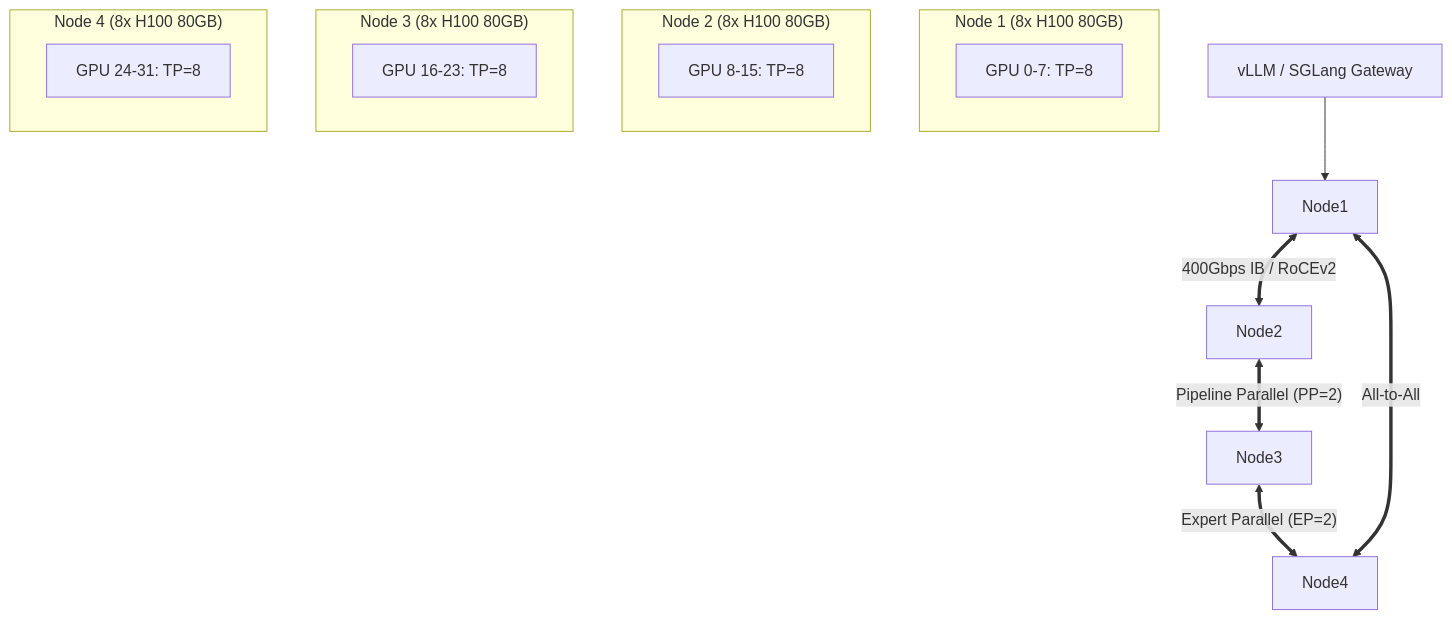
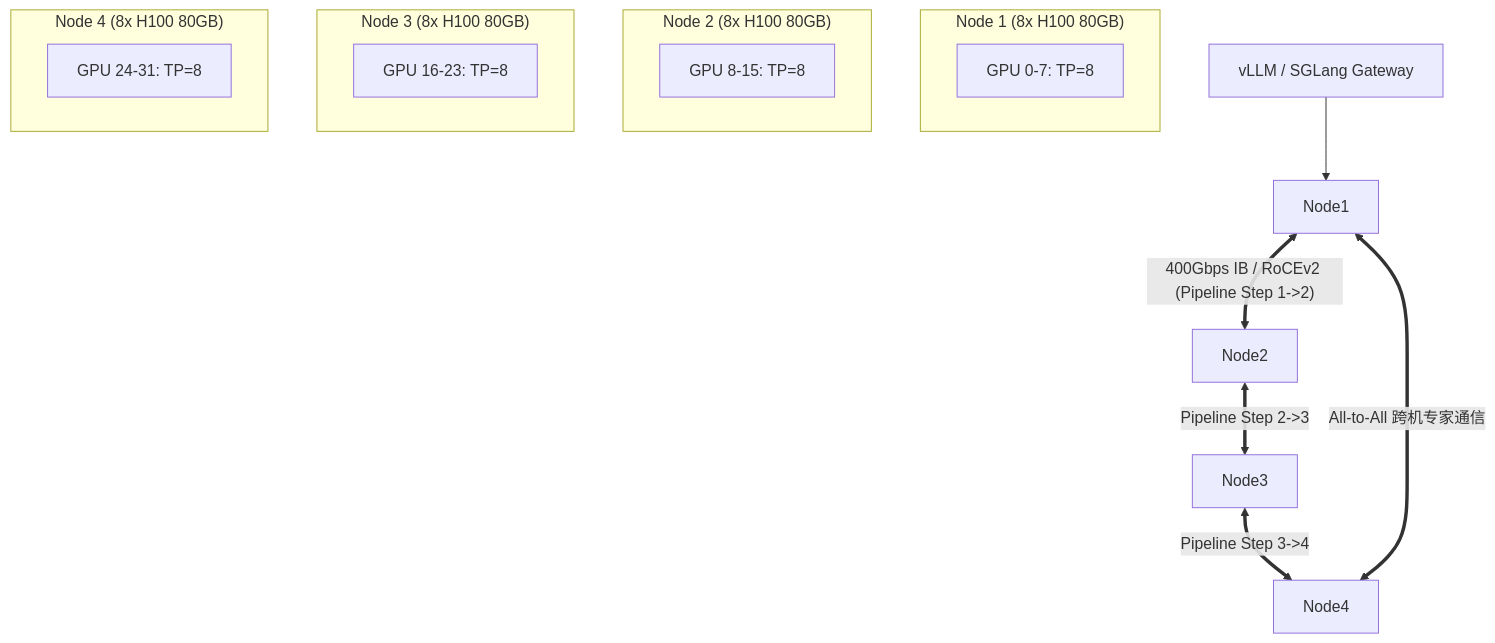
The diagram in content/zh/articles/deepseek-v4-kimi-k3-deployment-guide.md (ifnodoraemon/ifnodoraemon.github.io), drawn with Mermaid before and after one commit. The commit also changed other lines of this file and 51 other files, not shown here.

````diff
--- a/content/zh/articles/deepseek-v4-kimi-k3-deployment-guide.md
+++ b/content/zh/articles/deepseek-v4-kimi-k3-deployment-guide.md
@@ -32,22 +32,22 @@
 ```mermaid
 graph TD
     subgraph "Node 1 (8x H100 80GB)"
         G1[GPU 0-7: TP=8]
     end
     subgraph "Node 2 (8x H100 80GB)"
         G2[GPU 8-15: TP=8]
     end
     subgraph "Node 3 (8x H100 80GB)"
         G3[GPU 16-23: TP=8]
     end
     subgraph "Node 4 (8x H100 80GB)"
         G4[GPU 24-31: TP=8]
     end
     
-    Node1 <==>|"400Gbps IB / RoCEv2"| Node2
-    Node2 <==>|"Pipeline Parallel (PP=2)"| Node3
-    Node3 <==>|"Expert Parallel (EP=2)"| Node4
-    Node1 <==>|"All-to-All"| Node4
+    Node1 <==>|"400Gbps IB / RoCEv2 (Pipeline Step 1->2)"| Node2
+    Node2 <==>|"Pipeline Step 2->3"| Node3
+    Node3 <==>|"Pipeline Step 3->4"| Node4
+    Node1 <==>|"All-to-All 跨机专家通信"| Node4
     
     API[vLLM / SGLang Gateway] --> Node1
 ```
````
